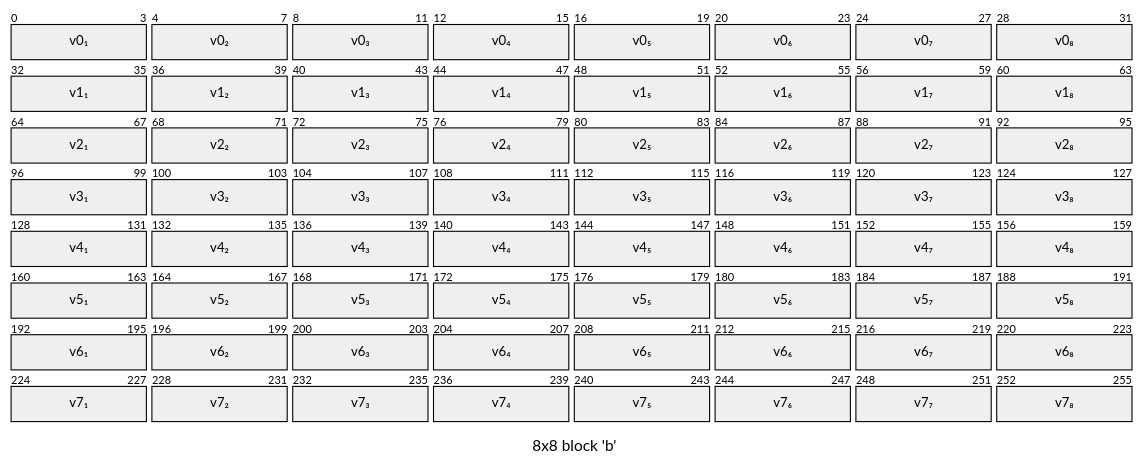
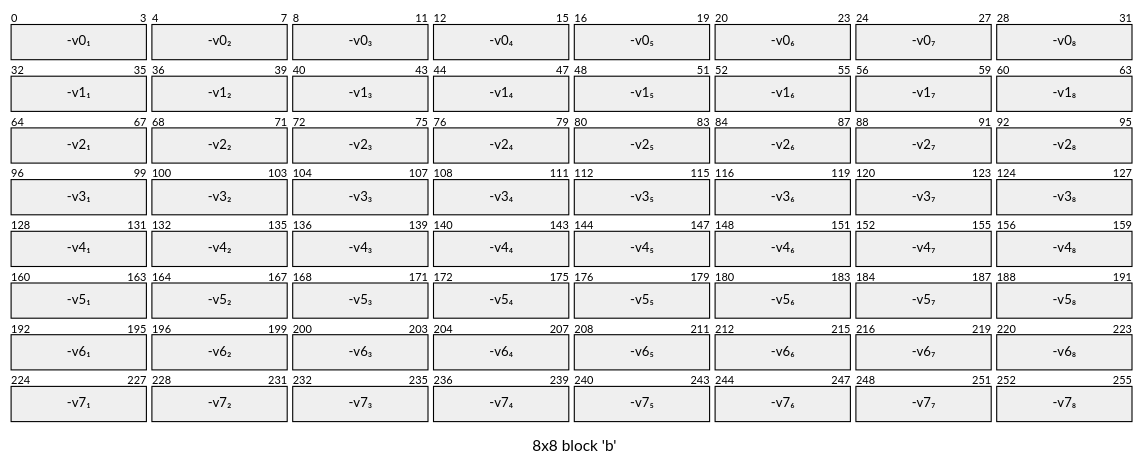
One commit to hanmyeonglee/cs211 changed the fifth of 7 diagrams in Cache Lab/workspace/20240614.md. Above: the diagram before and after it, drawn with Mermaid (neutral theme). The commit also changed other lines of this file, not shown here.

````diff
--- a/Cache Lab/workspace/20240614.md
+++ b/Cache Lab/workspace/20240614.md
@@ -320,70 +326,70 @@
 ```mermaid
 ---
 title: "8x8 block 'b'"
 ---
 packet
-  +4: "v0₁"
-  +4: "v0₂"
-  +4: "v0₃"
-  +4: "v0₄"
-  +4: "v0₅"
-  +4: "v0₆"
-  +4: "v0₇"
-  +4: "v0₈"
-  +4: "v1₁"
-  +4: "v1₂"
-  +4: "v1₃"
-  +4: "v1₄"
-  +4: "v1₅"
-  +4: "v1₆"
-  +4: "v1₇"
-  +4: "v1₈"
-  +4: "v2₁"
-  +4: "v2₂"
-  +4: "v2₃"
-  +4: "v2₄"
-  +4: "v2₅"
-  +4: "v2₆"
-  +4: "v2₇"
-  +4: "v2₈"
-  +4: "v3₁"
-  +4: "v3₂"
-  +4: "v3₃"
-  +4: "v3₄"
-  +4: "v3₅"
-  +4: "v3₆"
-  +4: "v3₇"
-  +4: "v3₈"
-  +4: "v4₁"
-  +4: "v4₂"
-  +4: "v4₃"
-  +4: "v4₄"
-  +4: "v4₅"
-  +4: "v4₆"
-  +4: "v4₇"
-  +4: "v4₈"
-  +4: "v5₁"
-  +4: "v5₂"
-  +4: "v5₃"
-  +4: "v5₄"
-  +4: "v5₅"
-  +4: "v5₆"
-  +4: "v5₇"
-  +4: "v5₈"
-  +4: "v6₁"
-  +4: "v6₂"
-  +4: "v6₃"
-  +4: "v6₄"
-  +4: "v6₅"
-  +4: "v6₆"
-  +4: "v6₇"
-  +4: "v6₈"
-  +4: "v7₁"
-  +4: "v7₂"
-  +4: "v7₃"
-  +4: "v7₄"
-  +4: "v7₅"
-  +4: "v7₆"
-  +4: "v7₇"
-  +4: "v7₈"
+  +4: "-v0₁"
+  +4: "-v0₂"
+  +4: "-v0₃"
+  +4: "-v0₄"
+  +4: "-v0₅"
+  +4: "-v0₆"
+  +4: "-v0₇"
+  +4: "-v0₈"
+  +4: "-v1₁"
+  +4: "-v1₂"
+  +4: "-v1₃"
+  +4: "-v1₄"
+  +4: "-v1₅"
+  +4: "-v1₆"
+  +4: "-v1₇"
+  +4: "-v1₈"
+  +4: "-v2₁"
+  +4: "-v2₂"
+  +4: "-v2₃"
+  +4: "-v2₄"
+  +4: "-v2₅"
+  +4: "-v2₆"
+  +4: "-v2₇"
+  +4: "-v2₈"
+  +4: "-v3₁"
+  +4: "-v3₂"
+  +4: "-v3₃"
+  +4: "-v3₄"
+  +4: "-v3₅"
+  +4: "-v3₆"
+  +4: "-v3₇"
+  +4: "-v3₈"
+  +4: "-v4₁"
+  +4: "-v4₂"
+  +4: "-v4₃"
+  +4: "-v4₄"
+  +4: "-v4₅"
+  +4: "-v4₆"
+  +4: "-v4₇"
+  +4: "-v4₈"
+  +4: "-v5₁"
+  +4: "-v5₂"
+  +4: "-v5₃"
+  +4: "-v5₄"
+  +4: "-v5₅"
+  +4: "-v5₆"
+  +4: "-v5₇"
+  +4: "-v5₈"
+  +4: "-v6₁"
+  +4: "-v6₂"
+  +4: "-v6₃"
+  +4: "-v6₄"
+  +4: "-v6₅"
+  +4: "-v6₆"
+  +4: "-v6₇"
+  +4: "-v6₈"
+  +4: "-v7₁"
+  +4: "-v7₂"
+  +4: "-v7₃"
+  +4: "-v7₄"
+  +4: "-v7₅"
+  +4: "-v7₆"
+  +4: "-v7₇"
+  +4: "-v7₈"
 ```
````
